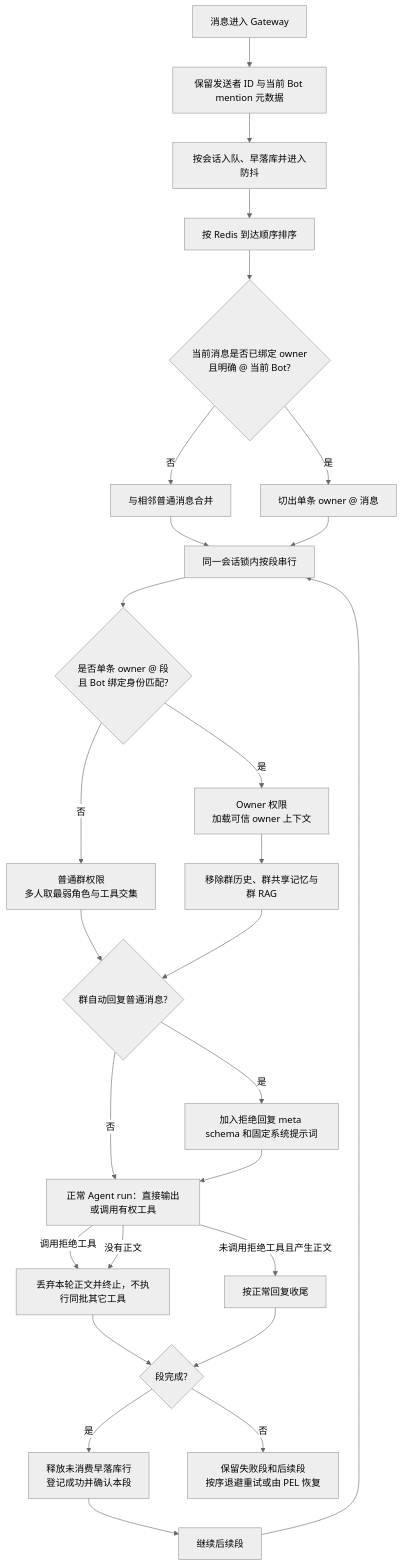
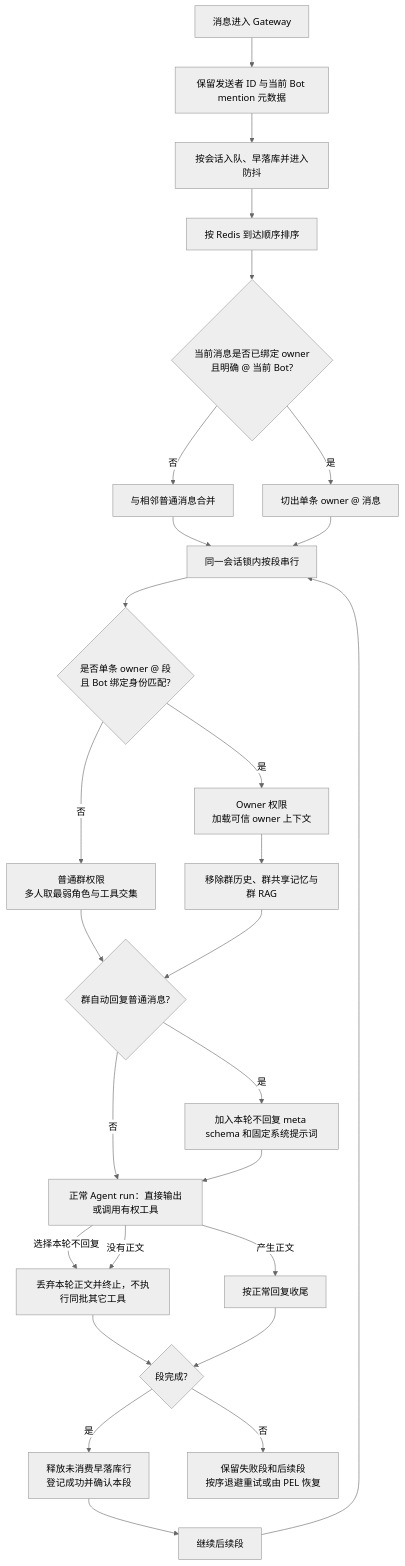
The first of 2 diagrams in docs/prds/PRD-IM-16-群聊自动回复选择门.md (Coffeiz/Gugu-web), drawn with Mermaid (neutral theme) before and after one commit. The commit also changed other lines of this file and 49 other files, not shown here.

````diff
--- a/docs/prds/PRD-IM-16-群聊自动回复选择门.md
+++ b/docs/prds/PRD-IM-16-群聊自动回复选择门.md
@@ -47,29 +47,29 @@
 ```mermaid
 flowchart TD
     M[消息进入 Gateway] --> META[保留发送者 ID 与当前 Bot mention 元数据]
     META --> Q[按会话入队、早落库并进入防抖]
     Q --> SORT[按 Redis 到达顺序排序]
     SORT --> SPLIT{当前消息是否已绑定 owner\n且明确 @ 当前 Bot?}
     SPLIT -->|否| NORMAL[与相邻普通消息合并]
     SPLIT -->|是| PRIV[切出单条 owner @ 消息]
     NORMAL --> SEQ[同一会话锁内按段串行]
     PRIV --> SEQ
     SEQ --> AUTH{是否单条 owner @ 段\n且 Bot 绑定身份匹配?}
     AUTH -->|否| MEMBER[普通群权限\n多人取最弱角色与工具交集]
     AUTH -->|是| OWNER[Owner 权限\n加载可信 owner 上下文]
     OWNER --> ISOLATE[移除群历史、群共享记忆与群 RAG]
     MEMBER --> POLICY{群自动回复普通消息?}
     ISOLATE --> POLICY
     POLICY -->|否| RUN[正常 Agent run]
-    POLICY -->|是| GATE[加入拒绝回复 meta schema 和固定系统提示词]
+    POLICY -->|是| GATE[加入本轮不回复 meta schema 和固定系统提示词]
     GATE --> RUN[正常 Agent run：直接输出或调用有权工具]
-    RUN -->|调用拒绝工具| QUIET[丢弃本轮正文并终止，不执行同批其它工具]
-    RUN -->|未调用拒绝工具且产生正文| ANSWER[按正常回复收尾]
+    RUN -->|选择本轮不回复| QUIET[丢弃本轮正文并终止，不执行同批其它工具]
+    RUN -->|产生正文| ANSWER[按正常回复收尾]
     RUN -->|没有正文| QUIET
     QUIET --> DONE{段完成?}
     ANSWER --> DONE
     DONE -->|是| RECEIPT[释放未消费早落库行\n登记成功并确认本段]
     DONE -->|否| HOLD[保留失败段和后续段\n按序退避重试或由 PEL 恢复]
     RECEIPT --> NEXT[继续后续段]
     NEXT --> SEQ
 ```
````
